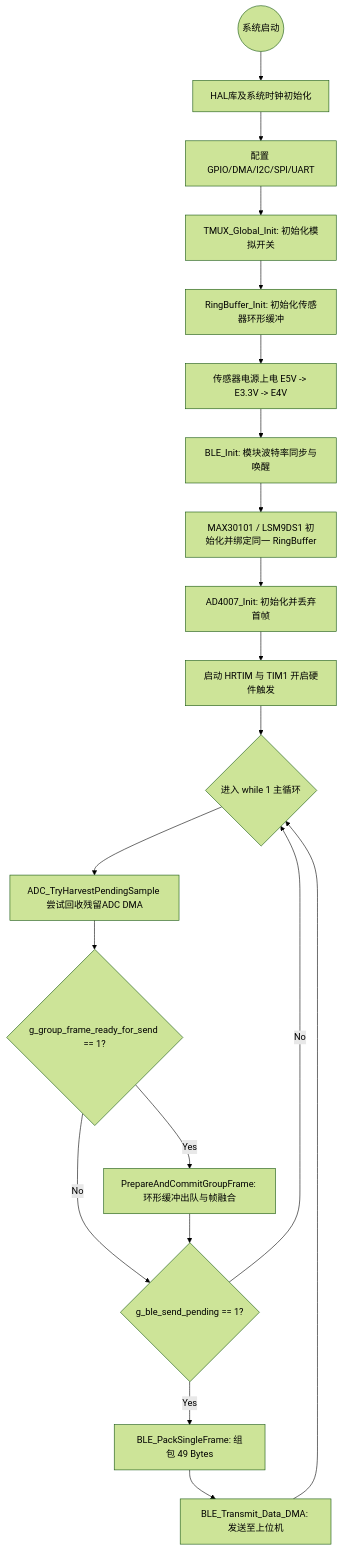
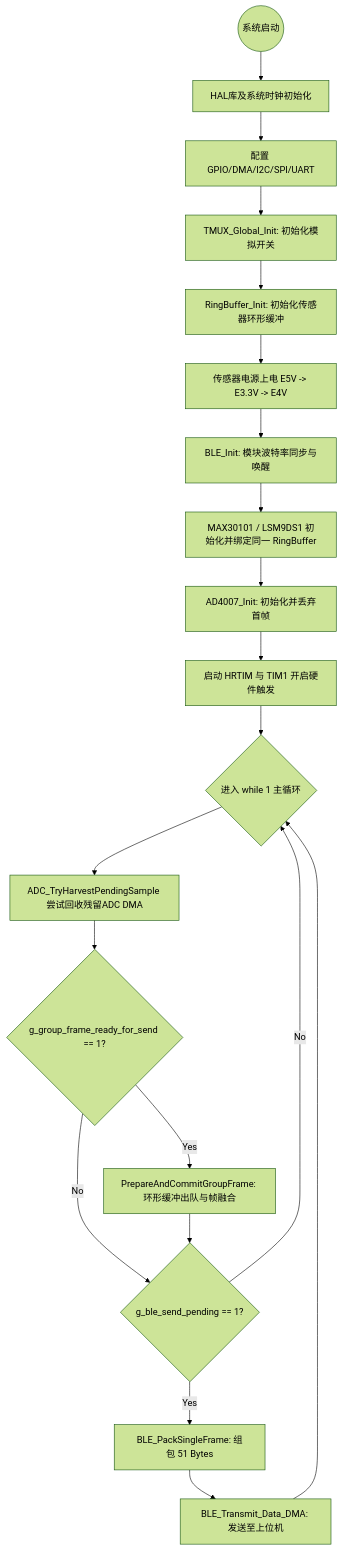
One commit to Scp-918/PulseTIMR2 changed the second of 4 diagrams in README.md. Above: the diagram before and after it, drawn with Mermaid (forest theme). The commit also changed other lines of this file and 3 other files, not shown here.

````diff
--- a/README.md
+++ b/README.md
@@ -55,23 +55,23 @@
 ```mermaid
 graph TD
     Start((系统启动)) --> HAL[HAL库及系统时钟初始化]
     HAL --> Peri[配置 GPIO/DMA/I2C/SPI/UART]
     Peri --> Mux[TMUX_Global_Init: 初始化模拟开关]
     Mux --> RB[RingBuffer_Init: 初始化传感器环形缓冲]
     RB --> Pwr[传感器电源上电 E5V -> E3.3V -> E4V]
     Pwr --> BLE_Init[BLE_Init: 模块波特率同步与唤醒]
     BLE_Init --> SensorInit[MAX30101 / LSM9DS1 初始化并绑定同一 RingBuffer]
     SensorInit --> ADC_Init[AD4007_Init: 初始化并丢弃首帧]
     ADC_Init --> Tim_Start[启动 HRTIM 与 TIM1 开启硬件触发]
     
     Tim_Start --> Loop_Start{进入 while 1 主循环}
     Loop_Start --> C1[ADC_TryHarvestPendingSample 尝试回收残留ADC DMA]
     C1 --> C2{g_group_frame_ready_for_send == 1?}
     C2 -- Yes --> C2_1[PrepareAndCommitGroupFrame: 环形缓冲出队与帧融合]
     C2 -- No --> C3
     C2_1 --> C3{g_ble_send_pending == 1?}
-    C3 -- Yes --> C3_1[BLE_PackSingleFrame: 组包 49 Bytes]
+    C3 -- Yes --> C3_1[BLE_PackSingleFrame: 组包 51 Bytes]
     C3_1 --> C3_2[BLE_Transmit_Data_DMA: 发送至上位机]
     C3 -- No --> Loop_Start
     C3_2 --> Loop_Start
 ```
````
